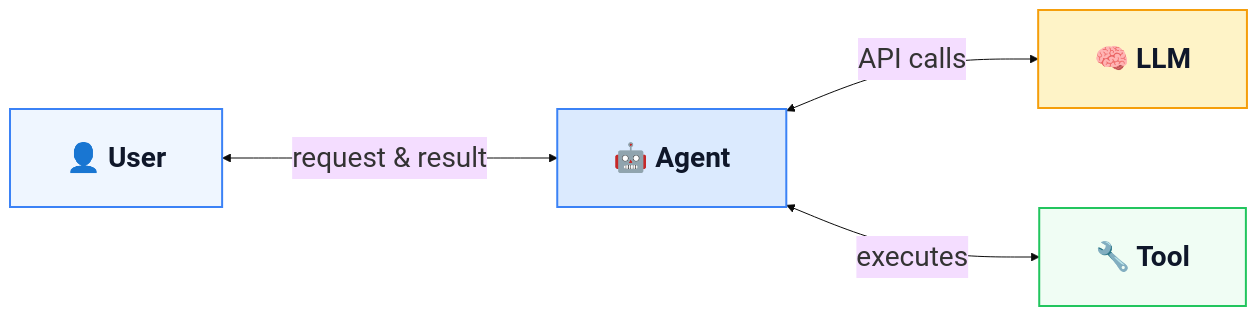
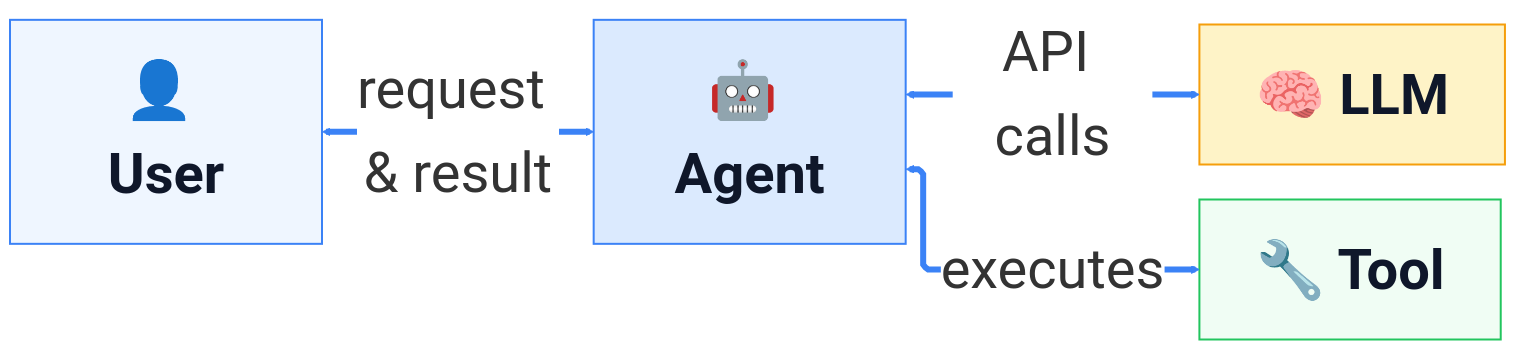
The second of 2 diagrams in slides/m1-ai-in-finance.qmd (kerryback/mgmt675), drawn with Mermaid before and after one commit. The commit also changed other lines of this file and 43 other files, not shown here.

First line of the commit message:
Update m1 mermaid diagrams and reorder slides

````diff
--- a/slides/m1-ai-in-finance.qmd
+++ b/slides/m1-ai-in-finance.qmd
@@ -159,13 +161,15 @@
 ```{mermaid}
 %%| fig-width: 16
-%%{init: {'theme': 'base', 'themeVariables': {'fontSize': '28px'}, 'flowchart': {'nodeSpacing': 100, 'rankSpacing': 140, 'padding': 28, 'useMaxWidth': true}}}%%
+%%{init: {'theme': 'base', 'themeVariables': {'fontSize': '56px', 'edgeLabelBackground': '#ffffff'}, 'flowchart': {'nodeSpacing': 100, 'rankSpacing': 140, 'padding': 28, 'useMaxWidth': true, 'defaultRenderer': 'elk', 'curve': 'linear', 'diagramPadding': 20}}}%%
 flowchart LR
   U["<b>👤 User</b>"] <-->|"request & result"| A["<b>🤖 Agent</b>"]
   A <-->|"API calls"| L["<b>🧠 LLM</b>"]
   A <-->|"executes"| T["<b>🔧 Tool</b>"]
 
-  style U fill:#eff6ff,stroke:#3b82f6,stroke-width:2px,color:#0f172a,font-size:28px,padding:24px
-  style A fill:#dbeafe,stroke:#3b82f6,stroke-width:2px,color:#0f172a,font-size:28px,padding:24px
-  style L fill:#fef3c7,stroke:#f59e0b,stroke-width:2px,color:#0f172a,font-size:28px,padding:24px
-  style T fill:#f0fdf4,stroke:#22c55e,stroke-width:2px,color:#0f172a,font-size:28px,padding:24px
+  style U fill:#eff6ff,stroke:#3b82f6,stroke-width:2px,color:#0f172a,font-size:56px,padding:24px
+  style A fill:#dbeafe,stroke:#3b82f6,stroke-width:2px,color:#0f172a,font-size:56px,padding:24px
+  style L fill:#fef3c7,stroke:#f59e0b,stroke-width:2px,color:#0f172a,font-size:56px,padding:24px
+  style T fill:#f0fdf4,stroke:#22c55e,stroke-width:2px,color:#0f172a,font-size:56px,padding:24px
+
+  linkStyle default stroke:#3b82f6,stroke-width:6px
 ```
````
